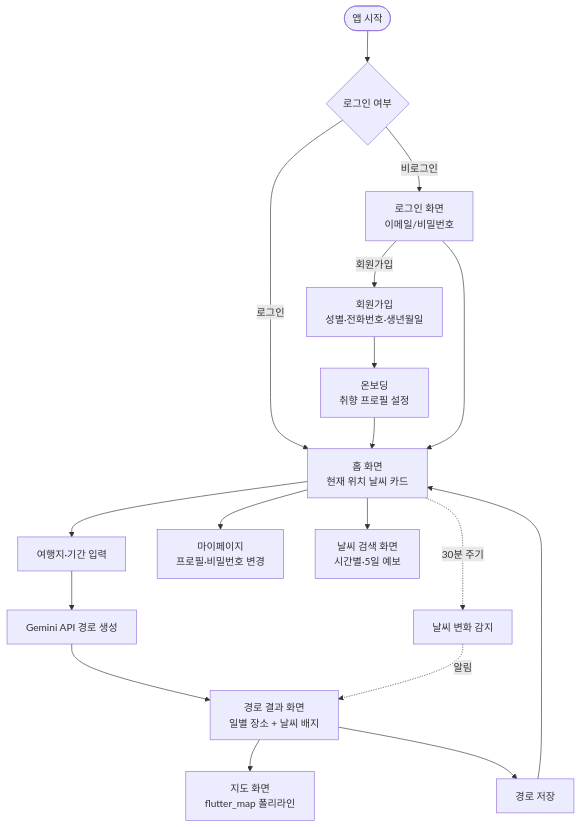
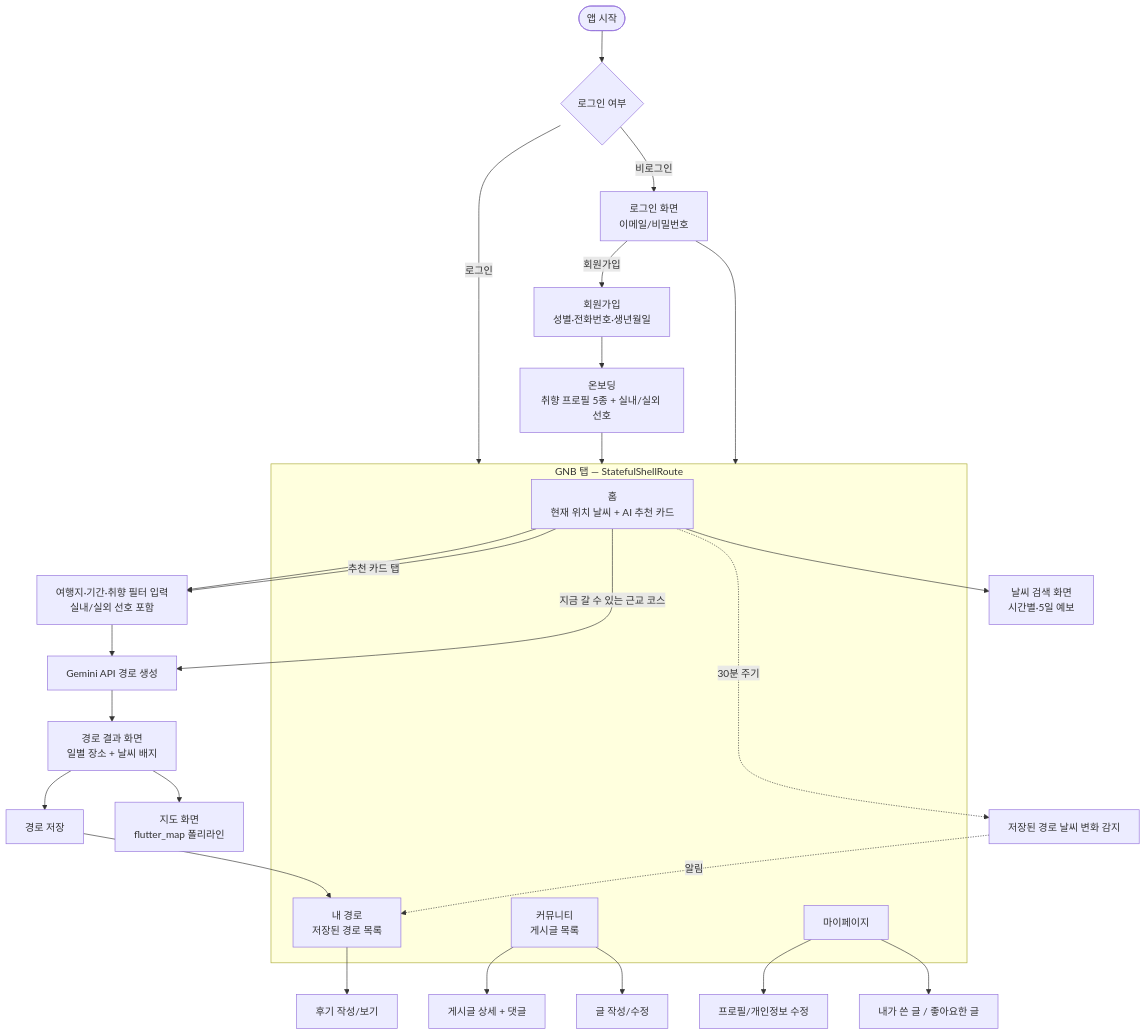
The second of 2 diagrams in docs/architecture.md (dasol2024136073/Claude_application), drawn with Mermaid before and after one commit. The commit also changed other lines of this file, not shown here.

First line of the commit message:
docs: architecture.md를 현재 코드 구조에 맞게 전면 업데이트

````diff
--- a/docs/architecture.md
+++ b/docs/architecture.md
@@ -72,20 +107,35 @@
 ```mermaid
 flowchart TD
     A([앱 시작]) --> B{로그인 여부}
     B -->|비로그인| C[로그인 화면<br/>이메일/비밀번호]
-    B -->|로그인| D[홈 화면<br/>현재 위치 날씨 카드]
+    B -->|로그인| GNB
     C -->|회원가입| S[회원가입<br/>성별·전화번호·생년월일]
-    S --> E[온보딩<br/>취향 프로필 설정]
-    E --> D
-    C --> D
-    D --> F[여행지·기간 입력]
+    S --> E[온보딩<br/>취향 프로필 5종 + 실내/실외 선호]
+    E --> GNB
+    C --> GNB
+
+    subgraph GNB[GNB 탭 — StatefulShellRoute]
+        D[홈<br/>현재 위치 날씨 + AI 추천 카드]
+        MR[내 경로<br/>저장된 경로 목록]
+        CM[커뮤니티<br/>게시글 목록]
+        M[마이페이지]
+    end
+
+    D --> F[여행지·기간·취향 필터 입력<br/>실내/실외 선호 포함]
+    D -->|추천 카드 탭| F
+    D -->|지금 갈 수 있는 근교 코스| G
     F --> G[Gemini API 경로 생성]
     G --> H[경로 결과 화면<br/>일별 장소 + 날씨 배지]
     H --> I[지도 화면<br/>flutter_map 폴리라인]
     H --> K[경로 저장]
-    K --> D
-    D --> M[마이페이지<br/>프로필·비밀번호 변경]
+    K --> MR
+    MR --> RV[후기 작성/보기]
     D --> W[날씨 검색 화면<br/>시간별·5일 예보]
-    D -. 30분 주기 .-> WM[날씨 변화 감지]
-    WM -. 알림 .-> H
+    D -. 30분 주기 .-> WM[저장된 경로 날씨 변화 감지]
+    WM -. 알림 .-> MR
+
+    CM --> PD[게시글 상세 + 댓글]
+    CM --> PE[글 작성/수정]
+    M --> PR[프로필/개인정보 수정]
+    M --> MP[내가 쓴 글 / 좋아요한 글]
 ```
````
